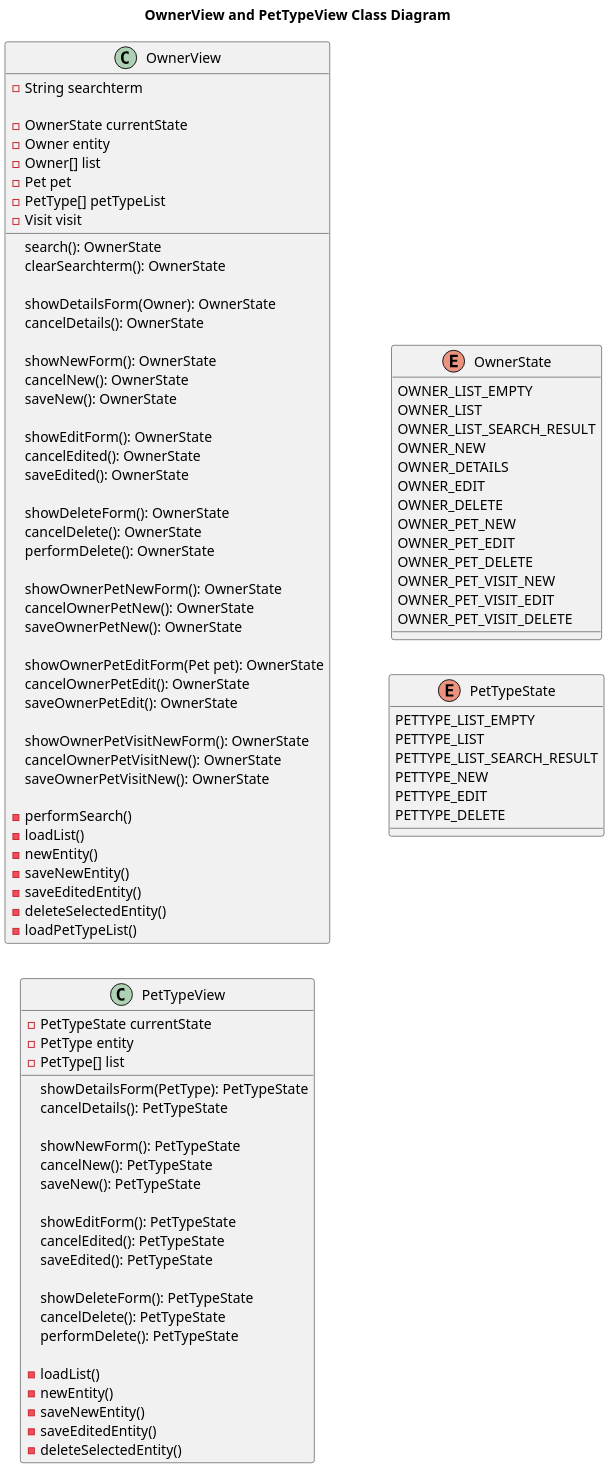
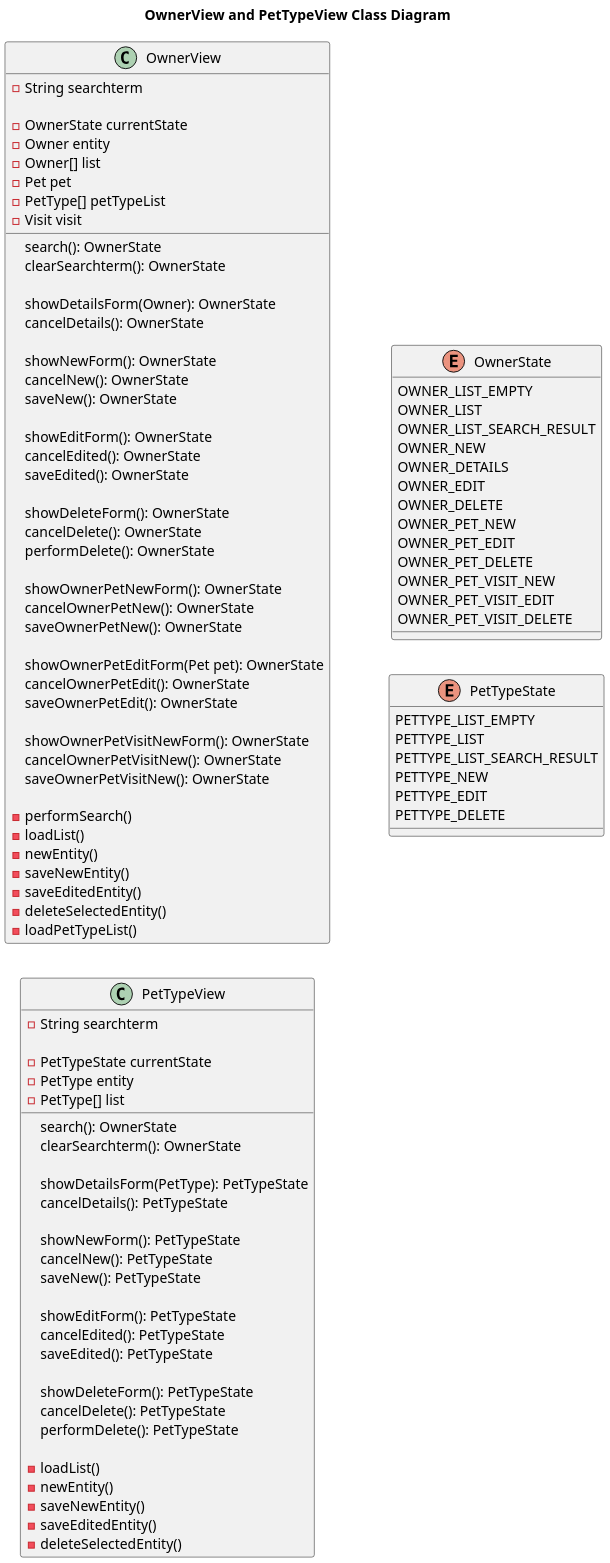
The diagram in src/main/plantuml/owner/Owner__View__Class.puml (Jakarta-EE-Petclinic/petclinic-jakartaee), drawn with PlantUML before and after one commit. The commit also changed 1 other file, not shown here.

```diff
--- a/src/main/plantuml/owner/Owner__View__Class.puml
+++ b/src/main/plantuml/owner/Owner__View__Class.puml
@@ -1,117 +1,122 @@
 @startuml
 
 
 title OwnerView and PetTypeView Class Diagram
 'https://plantuml.com/class-diagram
 
 left to right direction
 'top to bottom direction
 
 scale 1200 width
 
 class OwnerView {
 
     - String searchterm
 
     - OwnerState currentState
     - Owner entity
     - Owner[] list
     - Pet pet
     - PetType[] petTypeList
     - Visit visit
 
     search(): OwnerState
     clearSearchterm(): OwnerState
 
     showDetailsForm(Owner): OwnerState
     cancelDetails(): OwnerState
 
     showNewForm(): OwnerState
     cancelNew(): OwnerState
     saveNew(): OwnerState
 
     showEditForm(): OwnerState
     cancelEdited(): OwnerState
     saveEdited(): OwnerState
 
     showDeleteForm(): OwnerState
     cancelDelete(): OwnerState
     performDelete(): OwnerState
 
     showOwnerPetNewForm(): OwnerState
     cancelOwnerPetNew(): OwnerState
     saveOwnerPetNew(): OwnerState
 
     showOwnerPetEditForm(Pet pet): OwnerState
     cancelOwnerPetEdit(): OwnerState
     saveOwnerPetEdit(): OwnerState
 
     showOwnerPetVisitNewForm(): OwnerState
     cancelOwnerPetVisitNew(): OwnerState
     saveOwnerPetVisitNew(): OwnerState
 
     - performSearch()
     - loadList()
     - newEntity()
     - saveNewEntity()
     - saveEditedEntity()
     - deleteSelectedEntity()
     - loadPetTypeList()
 }
 
 class PetTypeView {
 
+    - String searchterm
+
     - PetTypeState currentState
     - PetType entity
     - PetType[] list
+
+    search(): OwnerState
+    clearSearchterm(): OwnerState
 
     showDetailsForm(PetType): PetTypeState
     cancelDetails(): PetTypeState
 
     showNewForm(): PetTypeState
     cancelNew(): PetTypeState
     saveNew(): PetTypeState
 
     showEditForm(): PetTypeState
     cancelEdited(): PetTypeState
     saveEdited(): PetTypeState
 
     showDeleteForm(): PetTypeState
     cancelDelete(): PetTypeState
     performDelete(): PetTypeState
 
     - loadList()
     - newEntity()
     - saveNewEntity()
     - saveEditedEntity()
     - deleteSelectedEntity()
 
 }
 
 
 enum OwnerState {
     OWNER_LIST_EMPTY
     OWNER_LIST
     OWNER_LIST_SEARCH_RESULT
     OWNER_NEW
     OWNER_DETAILS
     OWNER_EDIT
     OWNER_DELETE
     OWNER_PET_NEW
     OWNER_PET_EDIT
     OWNER_PET_DELETE
     OWNER_PET_VISIT_NEW
     OWNER_PET_VISIT_EDIT
     OWNER_PET_VISIT_DELETE
 }
 
 enum PetTypeState {
     PETTYPE_LIST_EMPTY
     PETTYPE_LIST
     PETTYPE_LIST_SEARCH_RESULT
     PETTYPE_NEW
     PETTYPE_EDIT
     PETTYPE_DELETE
 }
 
 @enduml
```
